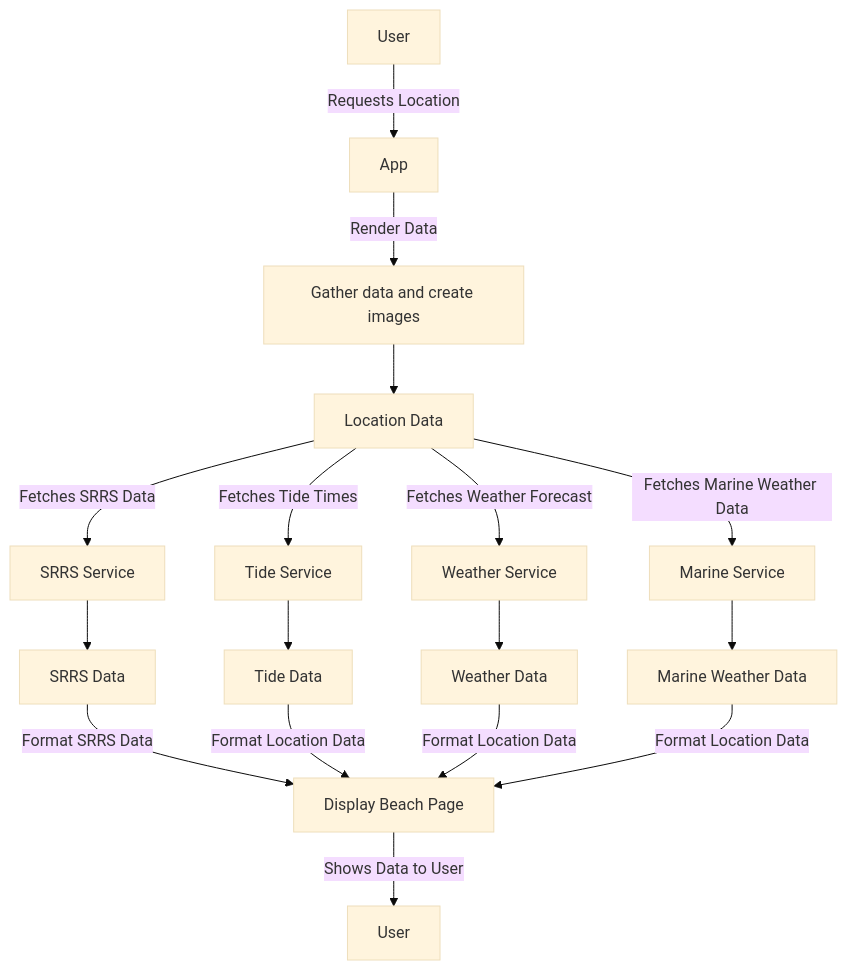
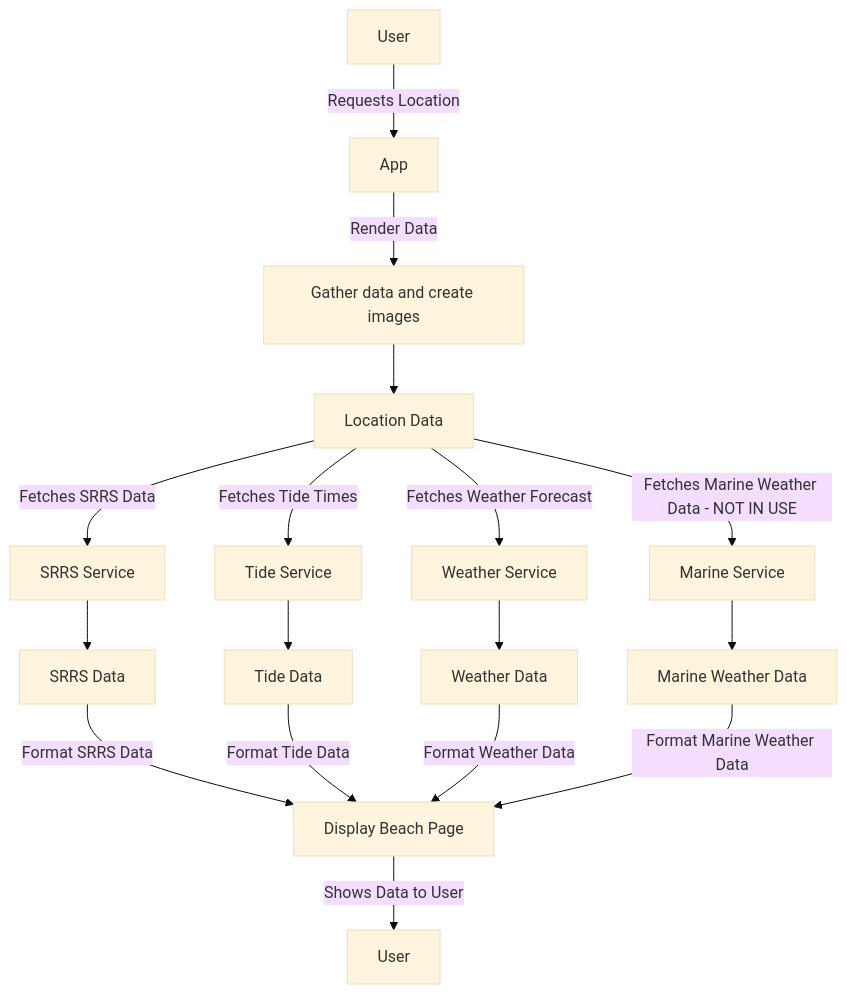
Before and after one commit to iansblog/BlueWaveWatch: the diagram in codeOverview.md, drawn with Mermaid (base theme).

Commit message:
Fix an inaccurate mermaid

````diff
--- a/codeOverview.md
+++ b/codeOverview.md
@@ -71,24 +71,24 @@
 ```mermaid
 graph TD
     A[User] -->|Requests Location| B[App]
     B -->|Render Data| C[Gather data and create images]
 
     C --> D[Location Data] -->|Fetches Tide Times| E[Tide Service]
     D -->|Fetches Weather Forecast| F[Weather Service]
-    D -->|Fetches Marine Weather Data| G[Marine Service]
+    D -->|Fetches Marine Weather Data - NOT IN USE | G[Marine Service]
     D -->|Fetches SRRS Data| H[SRRS Service]
 
     E --> J[Tide Data]
     F --> K[Weather Data]
     G --> L[Marine Weather Data]
 
     H --> I[SRRS Data]
     I -->|Format SRRS Data| P[Display Beach Page]
 
-    J -->|Format Location Data| P
-    K -->|Format Location Data| P
-    L -->|Format Location Data| P
+    J -->|Format Tide Data| P
+    K -->|Format Weather Data| P
+    L -->|Format Marine Weather Data| P
 
     P -->|Shows Data to User| N[User]
 
 ```
````
